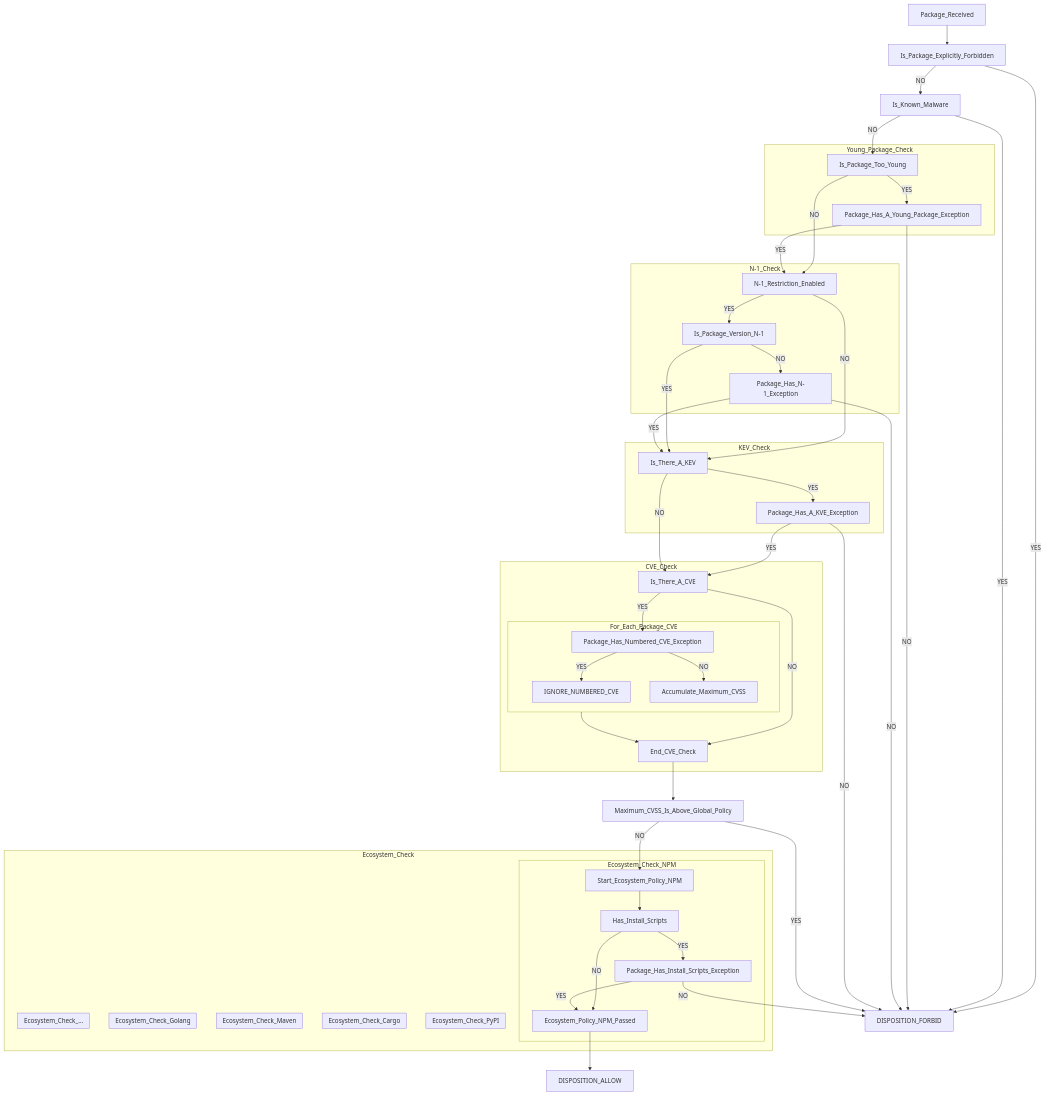
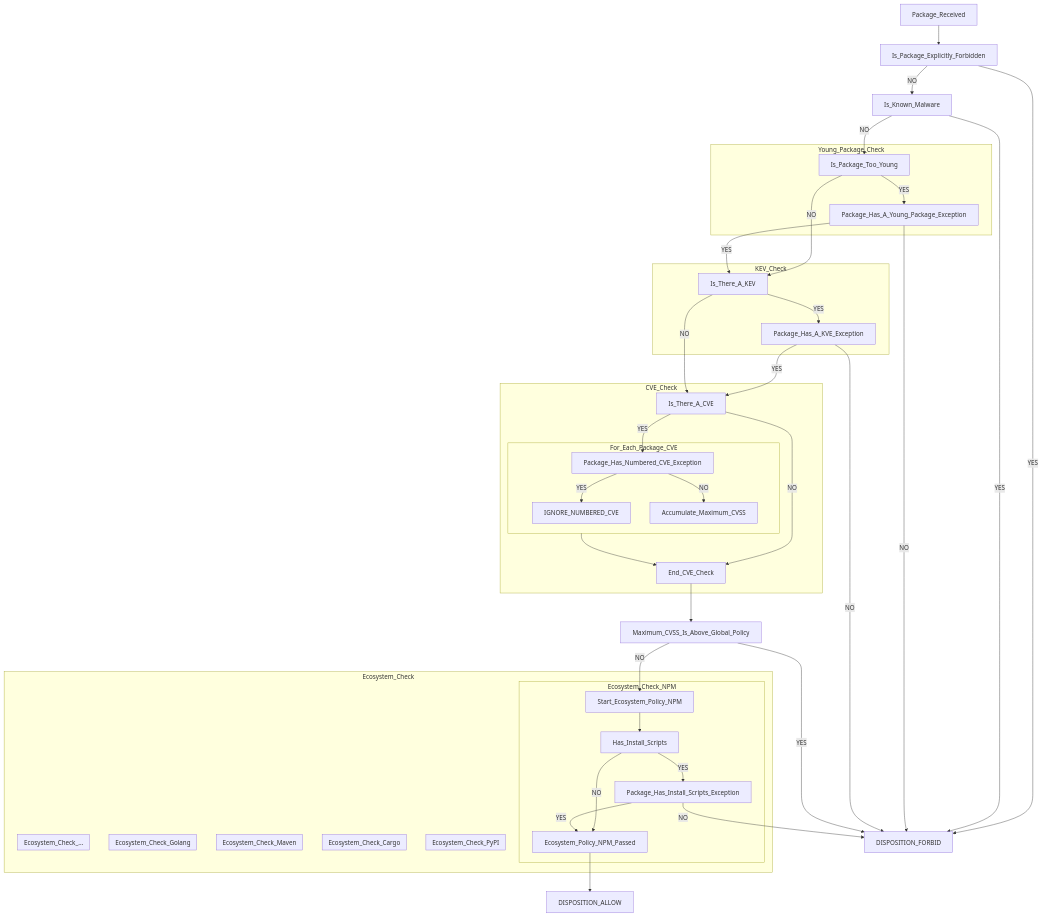
The diagram in docs/engineering_decisions/policy-tier-resolution.md (krishardy/byrle), drawn with Mermaid before and after one commit. The commit also changed other lines of this file, not shown here.

Commit message:
Saving updated policy tier info

````diff
--- a/docs/engineering_decisions/policy-tier-resolution.md
+++ b/docs/engineering_decisions/policy-tier-resolution.md
@@ -23,12 +23,6 @@
 subgraph Young_Package_Check
   Is_Package_Too_Young
   Package_Has_A_Young_Package_Exception
-end
-
-subgraph N-1_Check
-  N-1_Restriction_Enabled
-  Is_Package_Version_N-1
-  Package_Has_N-1_Exception
 end
 
 subgraph KEV_Check
@@ -75,16 +69,9 @@
 Is_Known_Malware --NO--> Is_Package_Too_Young
 
 Is_Package_Too_Young --YES--> Package_Has_A_Young_Package_Exception
-Is_Package_Too_Young --NO--> N-1_Restriction_Enabled
-Package_Has_A_Young_Package_Exception --YES--> N-1_Restriction_Enabled
+Is_Package_Too_Young --NO--> Is_There_A_KEV
+Package_Has_A_Young_Package_Exception --YES--> Is_There_A_KEV
 Package_Has_A_Young_Package_Exception --NO--> DISPOSITION_FORBID
-
-N-1_Restriction_Enabled --YES--> Is_Package_Version_N-1
-N-1_Restriction_Enabled --NO--> Is_There_A_KEV
-Is_Package_Version_N-1 --YES--> Is_There_A_KEV
-Is_Package_Version_N-1 --NO--> Package_Has_N-1_Exception
-Package_Has_N-1_Exception --NO--> DISPOSITION_FORBID
-Package_Has_N-1_Exception --YES--> Is_There_A_KEV
 
 Is_There_A_KEV --YES--> Package_Has_A_KVE_Exception
 Package_Has_A_KVE_Exception --YES--> Is_There_A_CVE
@@ -107,5 +94,4 @@
 Package_Has_Install_Scripts_Exception --YES--> Ecosystem_Policy_NPM_Passed
 Package_Has_Install_Scripts_Exception --NO--> DISPOSITION_FORBID
 Ecosystem_Policy_NPM_Passed --> DISPOSITION_ALLOW
-
 ```
````
